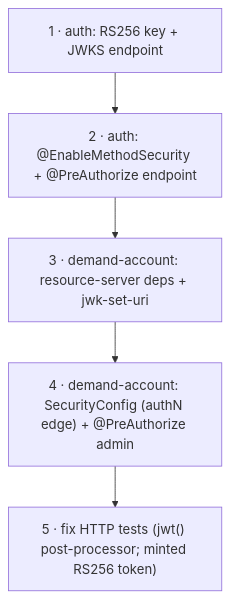
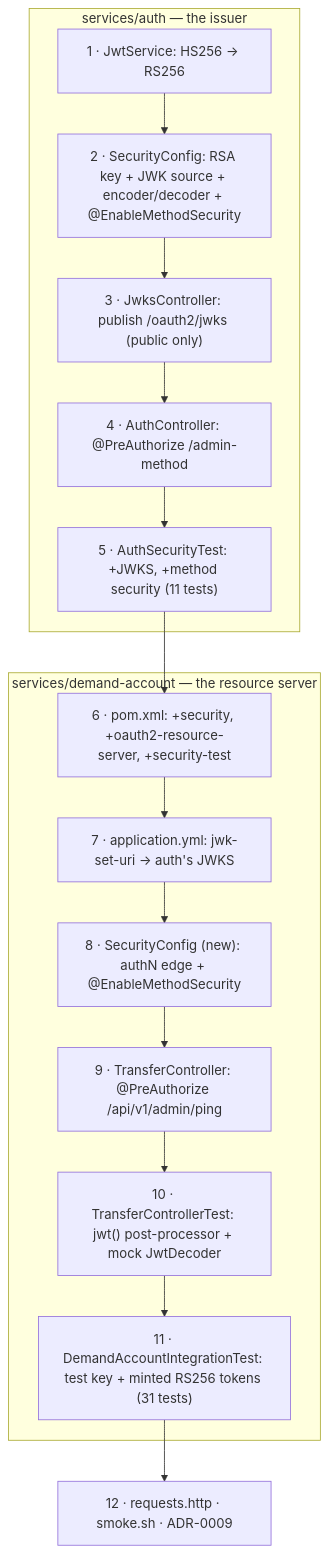
Before and after one commit to ramishtaha/build-a-bank: the third of 4 diagrams in steps/step-17/lesson.md, drawn with Mermaid. The commit also changed other lines of this file and 3 other files, not shown here.

````diff
--- a/steps/step-17/lesson.md
+++ b/steps/step-17/lesson.md
@@ -221,7 +234,19 @@
 ```mermaid
 flowchart TB
-    a["1 · auth: RS256 key + JWKS endpoint"] --> b["2 · auth: @EnableMethodSecurity + @PreAuthorize endpoint"]
-    b --> c["3 · demand-account: resource-server deps + jwk-set-uri"]
-    c --> d["4 · demand-account: SecurityConfig (authN edge) + @PreAuthorize admin"]
-    d --> e["5 · fix HTTP tests (jwt() post-processor; minted RS256 token)"]
+    subgraph AUTH["services/auth — the issuer"]
+        a1["1 · JwtService: HS256 → RS256"]
+        a2["2 · SecurityConfig: RSA key + JWK source + encoder/decoder + @EnableMethodSecurity"]
+        a3["3 · JwksController: publish /oauth2/jwks (public only)"]
+        a4["4 · AuthController: @PreAuthorize /admin-method"]
+        a5["5 · AuthSecurityTest: +JWKS, +method security (11 tests)"]
+    end
+    subgraph DA["services/demand-account — the resource server"]
+        d6["6 · pom.xml: +security, +oauth2-resource-server, +security-test"]
+        d7["7 · application.yml: jwk-set-uri → auth's JWKS"]
+        d8["8 · SecurityConfig (new): authN edge + @EnableMethodSecurity"]
+        d9["9 · TransferController: @PreAuthorize /api/v1/admin/ping"]
+        d10["10 · TransferControllerTest: jwt() post-processor + mock JwtDecoder"]
+        d11["11 · DemandAccountIntegrationTest: test key + minted RS256 tokens (31 tests)"]
+    end
+    a1 --> a2 --> a3 --> a4 --> a5 --> d6 --> d7 --> d8 --> d9 --> d10 --> d11 --> h["12 · requests.http · smoke.sh · ADR-0009"]
 ```
````
